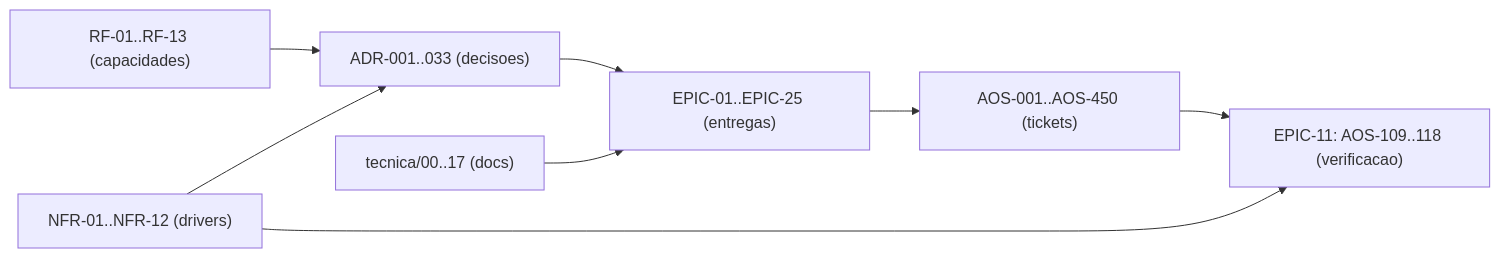
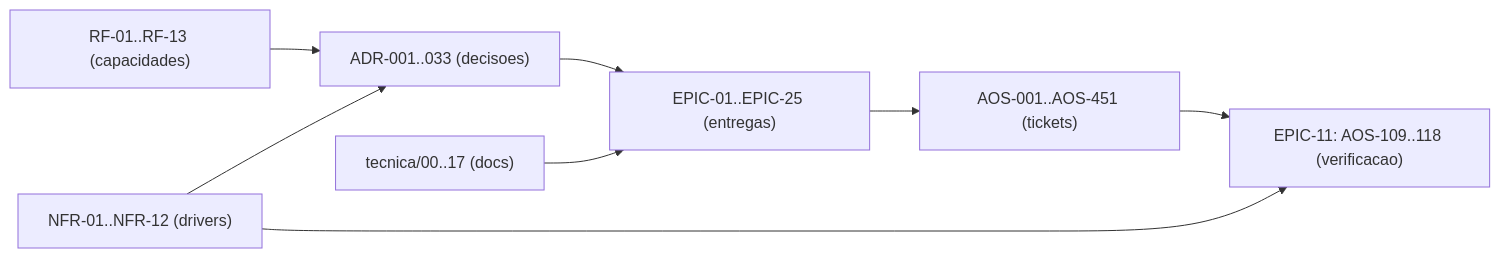
Before and after one commit to albinoJimy/aos: the diagram in tecnica/16_Rastreabilidade_RTM.md, drawn with Mermaid. The commit also changed other lines of this file and 3 other files, not shown here.

````diff
--- a/tecnica/16_Rastreabilidade_RTM.md
+++ b/tecnica/16_Rastreabilidade_RTM.md
@@ -195,10 +195,10 @@
 ```mermaid
 flowchart LR
     RF["RF-01..RF-13 (capacidades)"] --> ADR["ADR-001..033 (decisoes)"]
     NFR["NFR-01..NFR-12 (drivers)"] --> ADR
     ADR --> EPIC["EPIC-01..EPIC-25 (entregas)"]
-    EPIC --> TICK["AOS-001..AOS-450 (tickets)"]
+    EPIC --> TICK["AOS-001..AOS-451 (tickets)"]
     DOC["tecnica/00..17 (docs)"] --> EPIC
     TICK --> TEST["EPIC-11: AOS-109..118 (verificacao)"]
     NFR --> TEST
 ```
````
